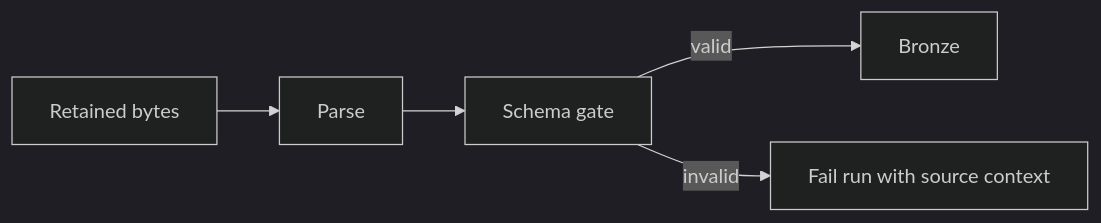
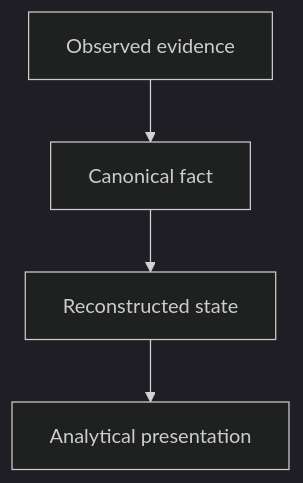
One commit to tks18/personal-finance-etl changed the second of 5 diagrams in docs/developer/adding-data-sources.md. Above: the diagram before and after it, drawn with Mermaid (dark theme). The commit also changed other lines of this file and 8 other files, not shown here.

````diff
--- a/docs/developer/adding-data-sources.md
+++ b/docs/developer/adding-data-sources.md
@@ -108,7 +85,9 @@
 ```mermaid
-flowchart LR
-    BYTES[Retained bytes] --> PARSE[Parse]
-    PARSE --> SCHEMA[Schema gate]
-    SCHEMA -->|valid| BRONZE[Bronze]
-    SCHEMA -->|invalid| FAIL[Fail run with source context]
+flowchart TB
+    OBS[Observed evidence]
+    CAN[Canonical fact]
+    REC[Reconstructed state]
+    ANA[Analytical presentation]
+
+    OBS --> CAN --> REC --> ANA
 ```
````
